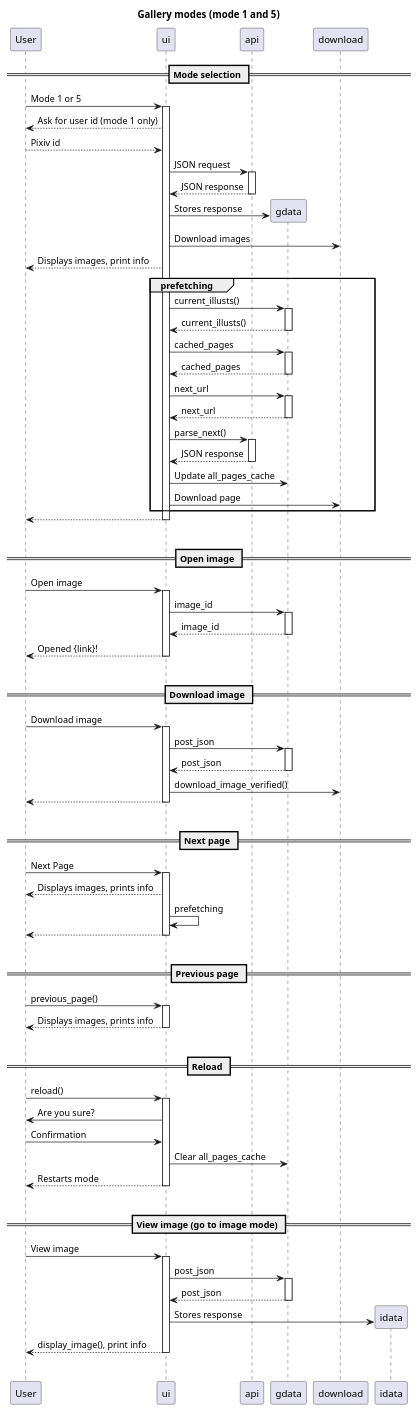
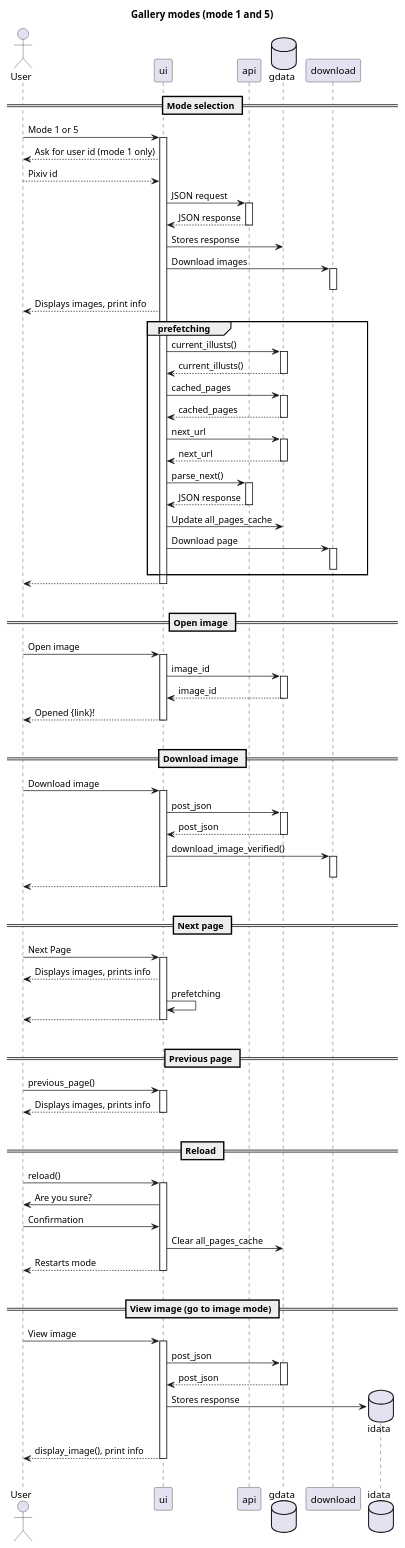
Before and after one commit to akazukin5151/koneko-old: the diagram in puml/gallery.puml, drawn with PlantUML. The commit also changed 3 other files, not shown here.

Commit message:
More detailed actor uml diagrams

```diff
--- a/puml/gallery.puml
+++ b/puml/gallery.puml
@@ -1,74 +1,83 @@
 @startuml
 title Gallery modes (mode 1 and 5)
+
+actor User
 
 == Mode selection ==
 User -> ui ++: Mode 1 or 5
 ui --> User: Ask for user id (mode 1 only)
 User --> ui: Pixiv id
 ui -> api ++: JSON request
 return JSON response
-create gdata
+database gdata
 ui -> gdata: Stores response
 ui -> download: Download images
+activate download
+deactivate download
 ui --> User: Displays images, print info
 group prefetching
     ui -> gdata ++: current_illusts()
     return current_illusts()
     ui -> gdata ++: cached_pages
     return cached_pages
     ui -> gdata ++: next_url
     return next_url
     ui -> api ++: parse_next()
     return JSON response
     ui -> gdata: Update all_pages_cache
     ui -> download: Download page
+    activate download
+    deactivate download
 end
 return
 |||
 
 == Open image ==
 User -> ui ++: Open image
 ui -> gdata ++: image_id
 return image_id
 return Opened {link}!
 |||
 
 == Download image ==
 User -> ui ++: Download image
 ui -> gdata ++: post_json
 return post_json
 ui -> download: download_image_verified()
+activate download
+deactivate download
 return
 |||
 
 == Next page ==
 User -> ui ++: Next Page
 ui --> User: Displays images, prints info
 ui -> ui: prefetching
 return
 |||
 
 == Previous page ==
 User -> ui ++: previous_page()
 return Displays images, prints info
 |||
 
 == Reload ==
 User -> ui ++: reload()
 ui -> User: Are you sure?
 User -> ui: Confirmation
 ui -> gdata: Clear all_pages_cache
 return Restarts mode
 |||
 
 == View image (go to image mode) ==
 User -> ui ++: View image
 ui -> gdata ++: post_json
 return post_json
+database idata
 create idata
 ui -> idata: Stores response
 return display_image(), print info
 |||
 
 
 @enduml
```
